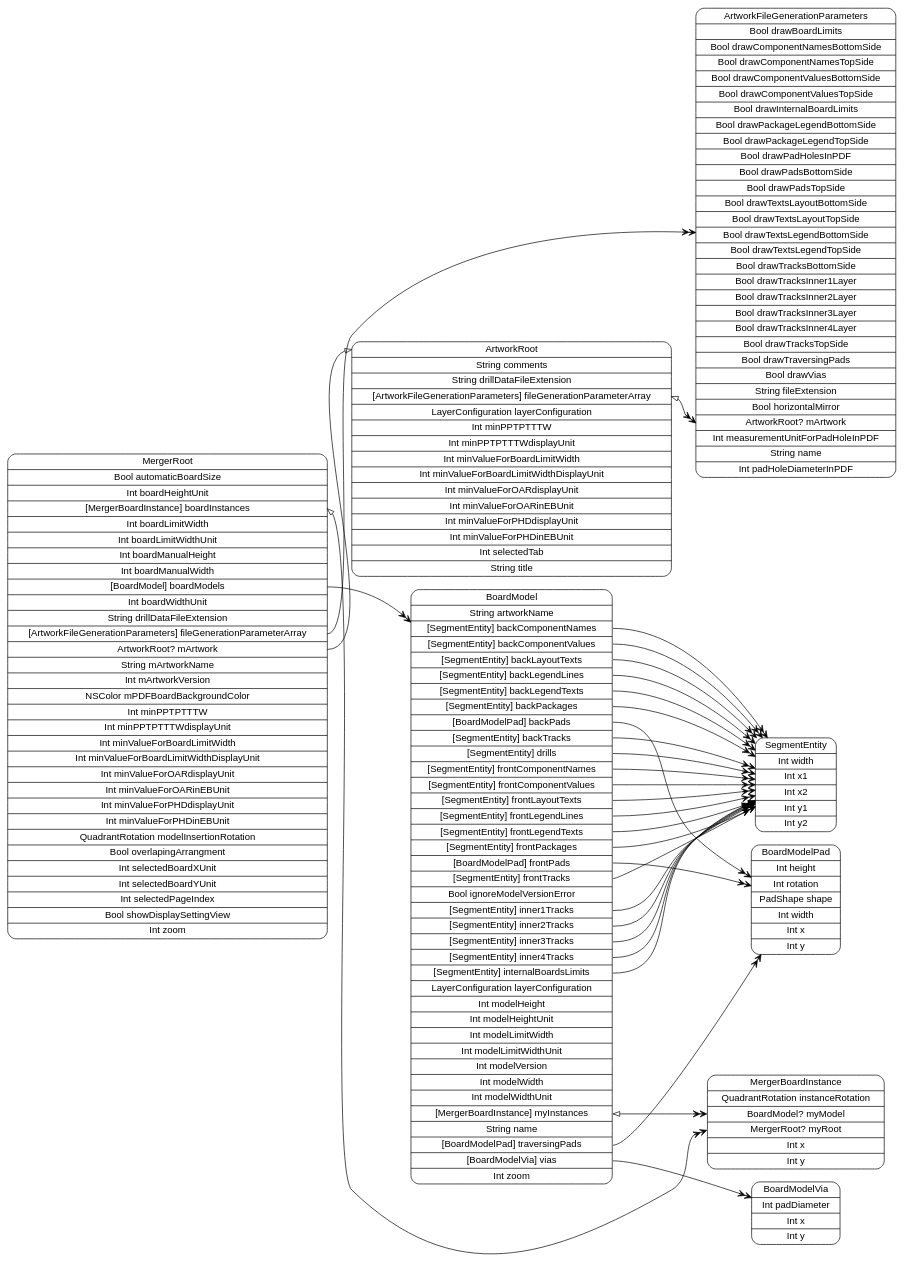
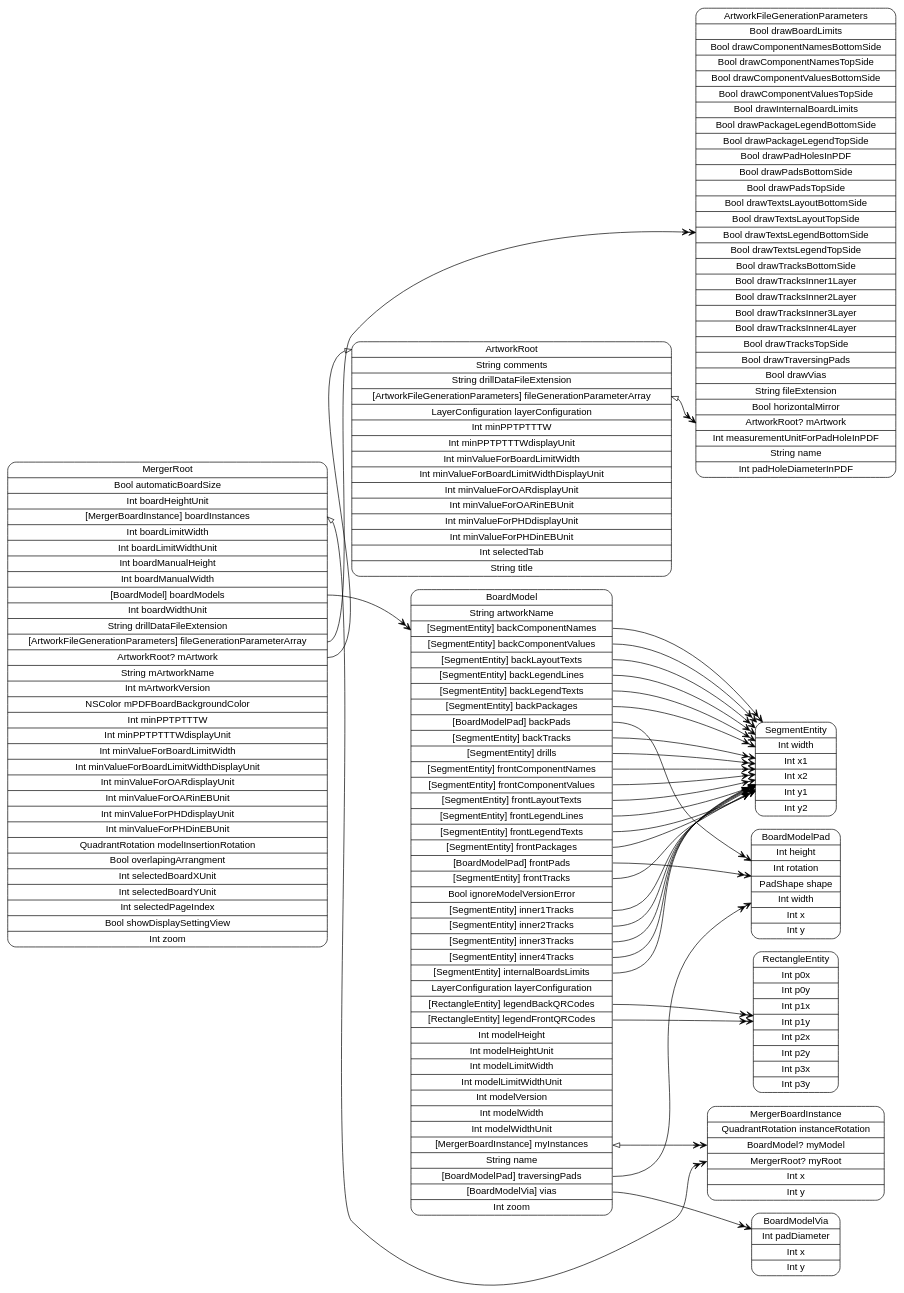
The diagram in models/graph-MergerRoot.dot (pierremolinaro/ElCanari-dev), drawn with Graphviz before and after one commit. The commit also changed 57 other files, not shown here.

```diff
--- a/models/graph-MergerRoot.dot
+++ b/models/graph-MergerRoot.dot
@@ -1,42 +1,45 @@
 digraph G {
   rankdir=LR ;
   node [shape=record fontname=helvetica style=rounded] ;
   MergerRoot[label="<MergerRoot>MergerRoot|Bool automaticBoardSize|Int boardHeightUnit|<boardInstances>[MergerBoardInstance] boardInstances|Int boardLimitWidth|Int boardLimitWidthUnit|Int boardManualHeight|Int boardManualWidth|<boardModels>[BoardModel] boardModels|Int boardWidthUnit|String drillDataFileExtension|<fileGenerationParameterArray>[ArtworkFileGenerationParameters] fileGenerationParameterArray|<mArtwork>ArtworkRoot? mArtwork|String mArtworkName|Int mArtworkVersion|NSColor mPDFBoardBackgroundColor|Int minPPTPTTTW|Int minPPTPTTTWdisplayUnit|Int minValueForBoardLimitWidth|Int minValueForBoardLimitWidthDisplayUnit|Int minValueForOARdisplayUnit|Int minValueForOARinEBUnit|Int minValueForPHDdisplayUnit|Int minValueForPHDinEBUnit|QuadrantRotation modelInsertionRotation|Bool overlapingArrangment|Int selectedBoardXUnit|Int selectedBoardYUnit|Int selectedPageIndex|Bool showDisplaySettingView|Int zoom"] ;
   ArtworkRoot[label="<ArtworkRoot>ArtworkRoot|String comments|String drillDataFileExtension|<fileGenerationParameterArray>[ArtworkFileGenerationParameters] fileGenerationParameterArray|LayerConfiguration layerConfiguration|Int minPPTPTTTW|Int minPPTPTTTWdisplayUnit|Int minValueForBoardLimitWidth|Int minValueForBoardLimitWidthDisplayUnit|Int minValueForOARdisplayUnit|Int minValueForOARinEBUnit|Int minValueForPHDdisplayUnit|Int minValueForPHDinEBUnit|Int selectedTab|String title"] ;
   ArtworkFileGenerationParameters[label="<ArtworkFileGenerationParameters>ArtworkFileGenerationParameters|Bool drawBoardLimits|Bool drawComponentNamesBottomSide|Bool drawComponentNamesTopSide|Bool drawComponentValuesBottomSide|Bool drawComponentValuesTopSide|Bool drawInternalBoardLimits|Bool drawPackageLegendBottomSide|Bool drawPackageLegendTopSide|Bool drawPadHolesInPDF|Bool drawPadsBottomSide|Bool drawPadsTopSide|Bool drawTextsLayoutBottomSide|Bool drawTextsLayoutTopSide|Bool drawTextsLegendBottomSide|Bool drawTextsLegendTopSide|Bool drawTracksBottomSide|Bool drawTracksInner1Layer|Bool drawTracksInner2Layer|Bool drawTracksInner3Layer|Bool drawTracksInner4Layer|Bool drawTracksTopSide|Bool drawTraversingPads|Bool drawVias|String fileExtension|Bool horizontalMirror|<mArtwork>ArtworkRoot? mArtwork|Int measurementUnitForPadHoleInPDF|String name|Int padHoleDiameterInPDF"] ;
-  BoardModel[label="<BoardModel>BoardModel|String artworkName|<backComponentNames>[SegmentEntity] backComponentNames|<backComponentValues>[SegmentEntity] backComponentValues|<backLayoutTexts>[SegmentEntity] backLayoutTexts|<backLegendLines>[SegmentEntity] backLegendLines|<backLegendTexts>[SegmentEntity] backLegendTexts|<backPackages>[SegmentEntity] backPackages|<backPads>[BoardModelPad] backPads|<backTracks>[SegmentEntity] backTracks|<drills>[SegmentEntity] drills|<frontComponentNames>[SegmentEntity] frontComponentNames|<frontComponentValues>[SegmentEntity] frontComponentValues|<frontLayoutTexts>[SegmentEntity] frontLayoutTexts|<frontLegendLines>[SegmentEntity] frontLegendLines|<frontLegendTexts>[SegmentEntity] frontLegendTexts|<frontPackages>[SegmentEntity] frontPackages|<frontPads>[BoardModelPad] frontPads|<frontTracks>[SegmentEntity] frontTracks|Bool ignoreModelVersionError|<inner1Tracks>[SegmentEntity] inner1Tracks|<inner2Tracks>[SegmentEntity] inner2Tracks|<inner3Tracks>[SegmentEntity] inner3Tracks|<inner4Tracks>[SegmentEntity] inner4Tracks|<internalBoardsLimits>[SegmentEntity] internalBoardsLimits|LayerConfiguration layerConfiguration|Int modelHeight|Int modelHeightUnit|Int modelLimitWidth|Int modelLimitWidthUnit|Int modelVersion|Int modelWidth|Int modelWidthUnit|<myInstances>[MergerBoardInstance] myInstances|String name|<traversingPads>[BoardModelPad] traversingPads|<vias>[BoardModelVia] vias|Int zoom"] ;
+  BoardModel[label="<BoardModel>BoardModel|String artworkName|<backComponentNames>[SegmentEntity] backComponentNames|<backComponentValues>[SegmentEntity] backComponentValues|<backLayoutTexts>[SegmentEntity] backLayoutTexts|<backLegendLines>[SegmentEntity] backLegendLines|<backLegendTexts>[SegmentEntity] backLegendTexts|<backPackages>[SegmentEntity] backPackages|<backPads>[BoardModelPad] backPads|<backTracks>[SegmentEntity] backTracks|<drills>[SegmentEntity] drills|<frontComponentNames>[SegmentEntity] frontComponentNames|<frontComponentValues>[SegmentEntity] frontComponentValues|<frontLayoutTexts>[SegmentEntity] frontLayoutTexts|<frontLegendLines>[SegmentEntity] frontLegendLines|<frontLegendTexts>[SegmentEntity] frontLegendTexts|<frontPackages>[SegmentEntity] frontPackages|<frontPads>[BoardModelPad] frontPads|<frontTracks>[SegmentEntity] frontTracks|Bool ignoreModelVersionError|<inner1Tracks>[SegmentEntity] inner1Tracks|<inner2Tracks>[SegmentEntity] inner2Tracks|<inner3Tracks>[SegmentEntity] inner3Tracks|<inner4Tracks>[SegmentEntity] inner4Tracks|<internalBoardsLimits>[SegmentEntity] internalBoardsLimits|LayerConfiguration layerConfiguration|<legendBackQRCodes>[RectangleEntity] legendBackQRCodes|<legendFrontQRCodes>[RectangleEntity] legendFrontQRCodes|Int modelHeight|Int modelHeightUnit|Int modelLimitWidth|Int modelLimitWidthUnit|Int modelVersion|Int modelWidth|Int modelWidthUnit|<myInstances>[MergerBoardInstance] myInstances|String name|<traversingPads>[BoardModelPad] traversingPads|<vias>[BoardModelVia] vias|Int zoom"] ;
   BoardModelVia[label="<BoardModelVia>BoardModelVia|Int padDiameter|Int x|Int y"] ;
+  RectangleEntity[label="<RectangleEntity>RectangleEntity|Int p0x|Int p0y|Int p1x|Int p1y|Int p2x|Int p2y|Int p3x|Int p3y"] ;
   BoardModelPad[label="<BoardModelPad>BoardModelPad|Int height|Int rotation|PadShape shape|Int width|Int x|Int y"] ;
   SegmentEntity[label="<SegmentEntity>SegmentEntity|Int width|Int x1|Int x2|Int y1|Int y2"] ;
   MergerBoardInstance[label="<MergerBoardInstance>MergerBoardInstance|QuadrantRotation instanceRotation|<myModel>BoardModel? myModel|<myRoot>MergerRoot? myRoot|Int x|Int y"] ;
   MergerRoot:boardInstances -> MergerBoardInstance:myRoot [dir=both arrowtail=onormal arrowhead=veevee] ;
   MergerRoot:boardModels -> BoardModel [dir=both arrowtail=none arrowhead=veevee] ;
   MergerRoot:fileGenerationParameterArray -> ArtworkFileGenerationParameters [dir=both arrowtail=none arrowhead=veevee] ;
   MergerRoot:mArtwork -> ArtworkRoot:ArtworkRoot [dir=both arrowtail=none arrowhead=onormal] ;
   ArtworkRoot:fileGenerationParameterArray -> ArtworkFileGenerationParameters:mArtwork [dir=both arrowtail=onormal arrowhead=veevee] ;
   BoardModel:backComponentNames -> SegmentEntity [dir=both arrowtail=none arrowhead=veevee] ;
   BoardModel:backComponentValues -> SegmentEntity [dir=both arrowtail=none arrowhead=veevee] ;
   BoardModel:backLayoutTexts -> SegmentEntity [dir=both arrowtail=none arrowhead=veevee] ;
   BoardModel:backLegendLines -> SegmentEntity [dir=both arrowtail=none arrowhead=veevee] ;
   BoardModel:backLegendTexts -> SegmentEntity [dir=both arrowtail=none arrowhead=veevee] ;
   BoardModel:backPackages -> SegmentEntity [dir=both arrowtail=none arrowhead=veevee] ;
   BoardModel:backPads -> BoardModelPad [dir=both arrowtail=none arrowhead=veevee] ;
   BoardModel:backTracks -> SegmentEntity [dir=both arrowtail=none arrowhead=veevee] ;
   BoardModel:drills -> SegmentEntity [dir=both arrowtail=none arrowhead=veevee] ;
   BoardModel:frontComponentNames -> SegmentEntity [dir=both arrowtail=none arrowhead=veevee] ;
   BoardModel:frontComponentValues -> SegmentEntity [dir=both arrowtail=none arrowhead=veevee] ;
   BoardModel:frontLayoutTexts -> SegmentEntity [dir=both arrowtail=none arrowhead=veevee] ;
   BoardModel:frontLegendLines -> SegmentEntity [dir=both arrowtail=none arrowhead=veevee] ;
   BoardModel:frontLegendTexts -> SegmentEntity [dir=both arrowtail=none arrowhead=veevee] ;
   BoardModel:frontPackages -> SegmentEntity [dir=both arrowtail=none arrowhead=veevee] ;
   BoardModel:frontPads -> BoardModelPad [dir=both arrowtail=none arrowhead=veevee] ;
   BoardModel:frontTracks -> SegmentEntity [dir=both arrowtail=none arrowhead=veevee] ;
   BoardModel:inner1Tracks -> SegmentEntity [dir=both arrowtail=none arrowhead=veevee] ;
   BoardModel:inner2Tracks -> SegmentEntity [dir=both arrowtail=none arrowhead=veevee] ;
   BoardModel:inner3Tracks -> SegmentEntity [dir=both arrowtail=none arrowhead=veevee] ;
   BoardModel:inner4Tracks -> SegmentEntity [dir=both arrowtail=none arrowhead=veevee] ;
   BoardModel:internalBoardsLimits -> SegmentEntity [dir=both arrowtail=none arrowhead=veevee] ;
+  BoardModel:legendBackQRCodes -> RectangleEntity [dir=both arrowtail=none arrowhead=veevee] ;
+  BoardModel:legendFrontQRCodes -> RectangleEntity [dir=both arrowtail=none arrowhead=veevee] ;
   BoardModel:myInstances -> MergerBoardInstance:myModel [dir=both arrowtail=onormal arrowhead=veevee] ;
   BoardModel:traversingPads -> BoardModelPad [dir=both arrowtail=none arrowhead=veevee] ;
   BoardModel:vias -> BoardModelVia [dir=both arrowtail=none arrowhead=veevee] ;
 }
```
